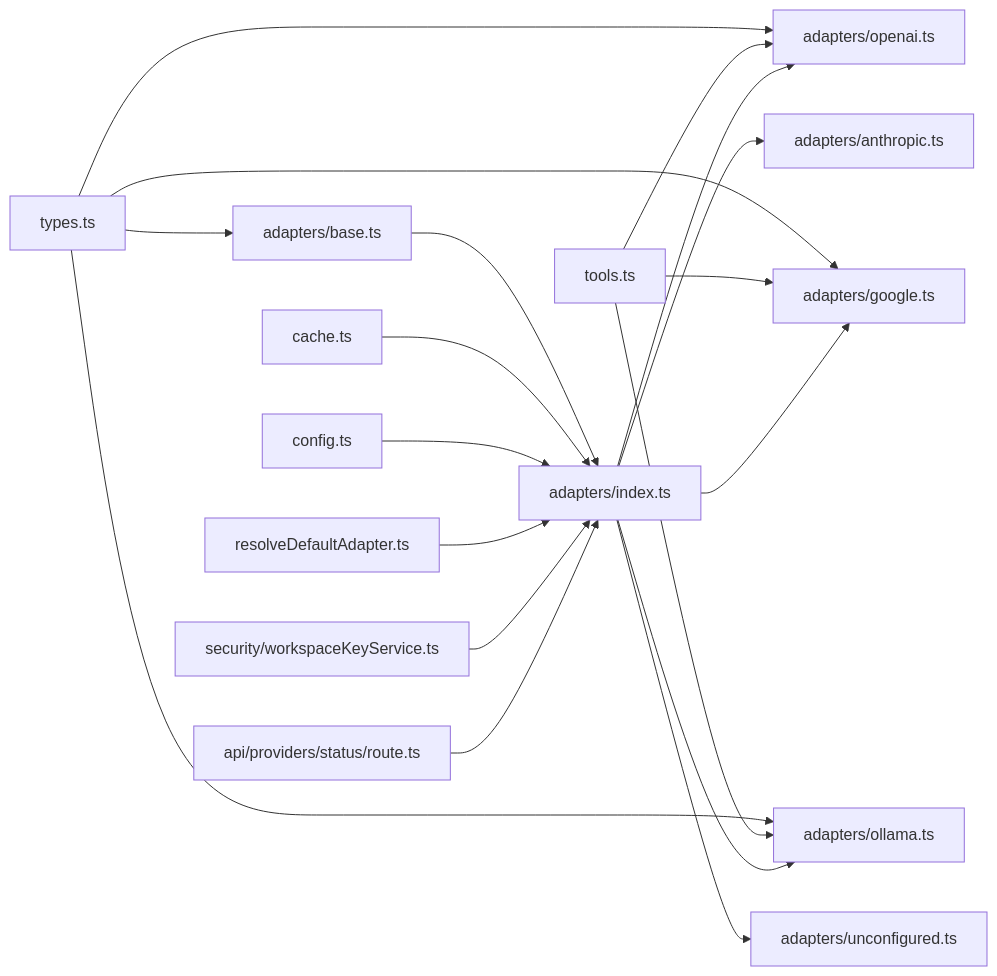
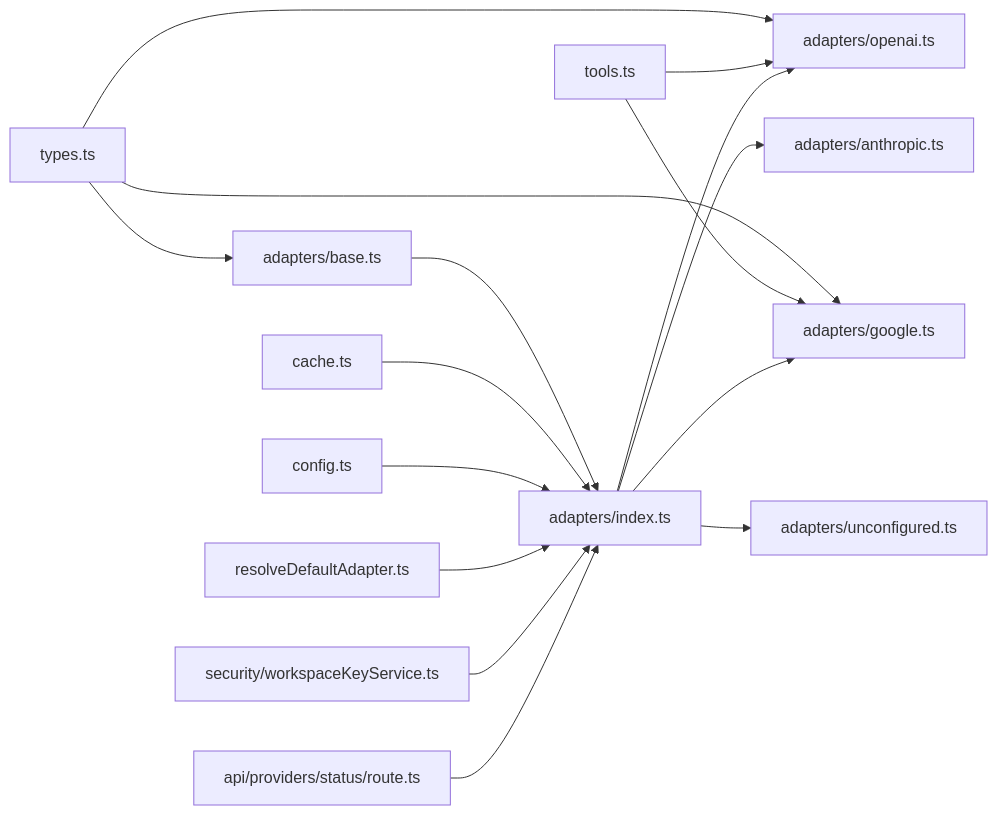
Before and after one commit to shekhargiri005-dotcom/AI-powered-accessibility-first-UI-engine: the tenth of 10 diagrams in .qoder/repowiki/en/content/Architecture & Design/Layered Architecture/Business Logic Layer/AI Provider Adapter System.md, drawn with Mermaid. The commit also changed other lines of this file and 7 other files, not shown here.

````diff
--- a/.qoder/repowiki/en/content/Architecture & Design/Layered Architecture/Business Logic Layer/AI Provider Adapter System.md
+++ b/.qoder/repowiki/en/content/Architecture & Design/Layered Architecture/Business Logic Layer/AI Provider Adapter System.md
@@ -473,21 +460,18 @@
 ```mermaid
 graph LR
 TYPES["types.ts"] --> BASE["adapters/base.ts"]
 TYPES --> OA["adapters/openai.ts"]
 TYPES --> GA["adapters/google.ts"]
-TYPES --> OLA["adapters/ollama.ts"]
 TOOLS["tools.ts"] --> OA
 TOOLS --> GA
-TOOLS --> OLA
 BASE --> IDX["adapters/index.ts"]
 CACHE["cache.ts"] --> IDX
 IDX --> OA
 IDX --> AA["adapters/anthropic.ts"]
 IDX --> GA
-IDX --> OLA
 IDX --> UCA["adapters/unconfigured.ts"]
 CFG["config.ts"] --> IDX
 RDA["resolveDefaultAdapter.ts"] --> IDX
 WK["security/workspaceKeyService.ts"] --> IDX
 PS["api/providers/status/route.ts"] --> IDX
 ```
````
